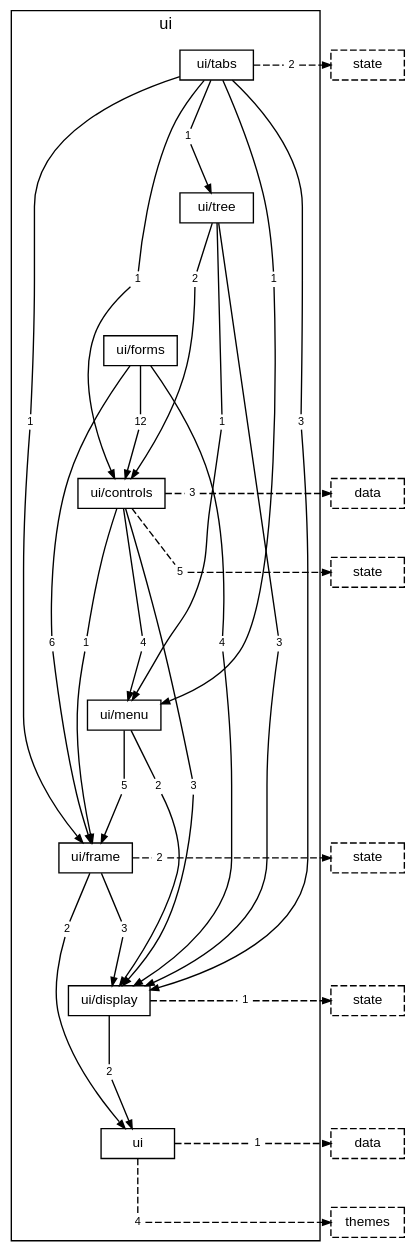
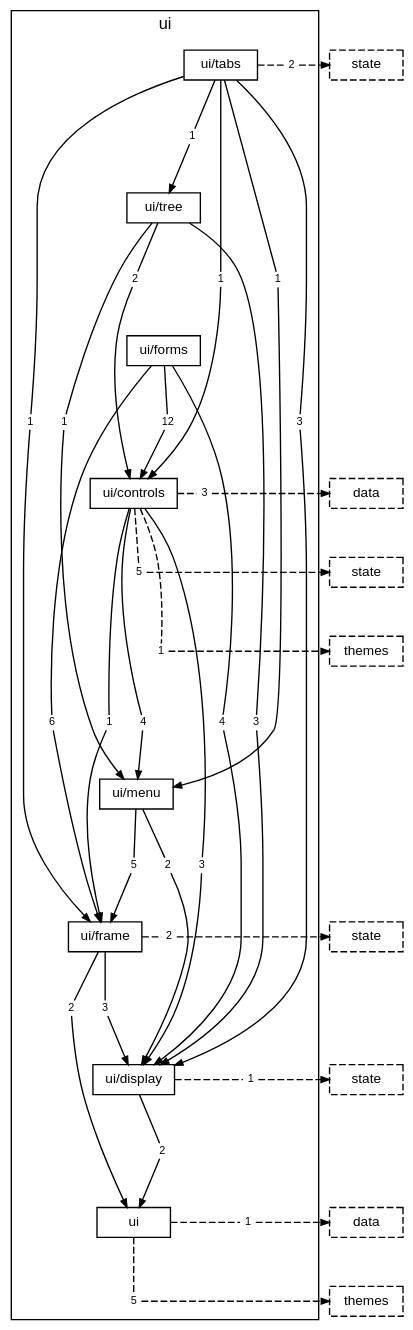
The diagram in docs/diagrams/layer-ui.dot (TheAxeC/oculus), drawn with Graphviz before and after one commit. The commit also changed 29 other files, not shown here.

```diff
--- a/docs/diagrams/layer-ui.dot
+++ b/docs/diagrams/layer-ui.dot
@@ -1,115 +1,120 @@
 digraph layer_ui {
     graph [bgcolor="transparent", rankdir=TB, newrank=true, mclimit=4, fontname="Helvetica,Arial,sans-serif", fontsize=12, nodesep=0.2, ranksep=0.5];
     node [shape=box, color="black", fontcolor="black", fontname="Helvetica,Arial,sans-serif", fontsize=10, height=0.3, margin="0.12,0.04"];
     edge [color="black", fontcolor="black", fontname="Helvetica,Arial,sans-serif", fontsize=8, arrowsize=0.6];
     subgraph "cluster_ui" {
         label="ui"; style=solid;
         "folder ui/tabs" [label="ui/tabs"];
         "folder ui/tree" [label="ui/tree"];
         "folder ui/forms" [label="ui/forms"];
         "folder ui/controls" [label="ui/controls"];
         "folder ui/menu" [label="ui/menu"];
         "folder ui/frame" [label="ui/frame"];
         "folder ui/display" [label="ui/display"];
         "folder ui" [label="ui"];
         "folder ui/tabs to folder ui/controls" [label="1", shape=box, color="transparent", fontsize=8, width=0, height=0, margin="0.04,0.02"];
         "folder ui/tabs to folder ui/display" [label="3", shape=box, color="transparent", fontsize=8, width=0, height=0, margin="0.04,0.02"];
         "folder ui/tabs to folder ui/frame" [label="1", shape=box, color="transparent", fontsize=8, width=0, height=0, margin="0.04,0.02"];
         "folder ui/tabs to folder ui/menu" [label="1", shape=box, color="transparent", fontsize=8, width=0, height=0, margin="0.04,0.02"];
         "folder ui/tabs to folder ui/tree" [label="1", shape=box, color="transparent", fontsize=8, width=0, height=0, margin="0.04,0.02"];
         "folder ui/tabs to layer state" [label="2", shape=box, color="transparent", fontsize=8, width=0, height=0, margin="0.04,0.02"];
         "folder ui/tree to folder ui/controls" [label="2", shape=box, color="transparent", fontsize=8, width=0, height=0, margin="0.04,0.02"];
         "folder ui/tree to folder ui/display" [label="3", shape=box, color="transparent", fontsize=8, width=0, height=0, margin="0.04,0.02"];
         "folder ui/tree to folder ui/menu" [label="1", shape=box, color="transparent", fontsize=8, width=0, height=0, margin="0.04,0.02"];
         "folder ui/forms to folder ui/controls" [label="12", shape=box, color="transparent", fontsize=8, width=0, height=0, margin="0.04,0.02"];
         "folder ui/forms to folder ui/display" [label="4", shape=box, color="transparent", fontsize=8, width=0, height=0, margin="0.04,0.02"];
         "folder ui/forms to folder ui/frame" [label="6", shape=box, color="transparent", fontsize=8, width=0, height=0, margin="0.04,0.02"];
         "folder ui/controls to folder ui/display" [label="3", shape=box, color="transparent", fontsize=8, width=0, height=0, margin="0.04,0.02"];
         "folder ui/controls to folder ui/frame" [label="1", shape=box, color="transparent", fontsize=8, width=0, height=0, margin="0.04,0.02"];
         "folder ui/controls to folder ui/menu" [label="4", shape=box, color="transparent", fontsize=8, width=0, height=0, margin="0.04,0.02"];
         "folder ui/controls to layer data" [label="3", shape=box, color="transparent", fontsize=8, width=0, height=0, margin="0.04,0.02"];
         "folder ui/controls to layer state" [label="5", shape=box, color="transparent", fontsize=8, width=0, height=0, margin="0.04,0.02"];
+        "folder ui/controls to layer themes" [label="1", shape=box, color="transparent", fontsize=8, width=0, height=0, margin="0.04,0.02"];
         "folder ui/menu to folder ui/display" [label="2", shape=box, color="transparent", fontsize=8, width=0, height=0, margin="0.04,0.02"];
         "folder ui/menu to folder ui/frame" [label="5", shape=box, color="transparent", fontsize=8, width=0, height=0, margin="0.04,0.02"];
         "folder ui/frame to folder ui" [label="2", shape=box, color="transparent", fontsize=8, width=0, height=0, margin="0.04,0.02"];
         "folder ui/frame to folder ui/display" [label="3", shape=box, color="transparent", fontsize=8, width=0, height=0, margin="0.04,0.02"];
         "folder ui/frame to layer state" [label="2", shape=box, color="transparent", fontsize=8, width=0, height=0, margin="0.04,0.02"];
         "folder ui/display to folder ui" [label="2", shape=box, color="transparent", fontsize=8, width=0, height=0, margin="0.04,0.02"];
         "folder ui/display to layer state" [label="1", shape=box, color="transparent", fontsize=8, width=0, height=0, margin="0.04,0.02"];
         "folder ui to layer data" [label="1", shape=box, color="transparent", fontsize=8, width=0, height=0, margin="0.04,0.02"];
-        "folder ui to layer themes" [label="4", shape=box, color="transparent", fontsize=8, width=0, height=0, margin="0.04,0.02"];
+        "folder ui to layer themes" [label="5", shape=box, color="transparent", fontsize=8, width=0, height=0, margin="0.04,0.02"];
     }
     "layer state from folder ui/tabs" [label="state", style=dashed];
     "layer data from folder ui/controls" [label="data", style=dashed];
     "layer state from folder ui/controls" [label="state", style=dashed];
+    "layer themes from folder ui/controls" [label="themes", style=dashed];
     "layer state from folder ui/frame" [label="state", style=dashed];
     "layer state from folder ui/display" [label="state", style=dashed];
     "layer data from folder ui" [label="data", style=dashed];
     "layer themes from folder ui" [label="themes", style=dashed];
     "folder ui/tabs" -> "folder ui/tree" [style=invis, weight=10, minlen=2];
     "folder ui/tree" -> "folder ui/forms" [style=invis, weight=10, minlen=2];
     "folder ui/forms" -> "folder ui/controls" [style=invis, weight=10, minlen=2];
-    "folder ui/controls" -> "folder ui/menu" [style=invis, weight=10, minlen=3];
+    "folder ui/controls" -> "folder ui/menu" [style=invis, weight=10, minlen=4];
     "folder ui/menu" -> "folder ui/frame" [style=invis, weight=10, minlen=2];
     "folder ui/frame" -> "folder ui/display" [style=invis, weight=10, minlen=2];
     "folder ui/display" -> "folder ui" [style=invis, weight=10, minlen=2];
     "folder ui/tabs" -> "folder ui/tabs to folder ui/controls" [arrowhead=none, minlen=3, weight=10];
     "folder ui/tabs to folder ui/controls" -> "folder ui/controls" [];
     "folder ui/tabs" -> "folder ui/tabs to folder ui/display" [arrowhead=none, minlen=5, weight=10];
     "folder ui/tabs to folder ui/display" -> "folder ui/display" [];
     "folder ui/tabs" -> "folder ui/tabs to folder ui/frame" [arrowhead=none, minlen=5, weight=10];
     "folder ui/tabs to folder ui/frame" -> "folder ui/frame" [];
     "folder ui/tabs" -> "folder ui/tabs to folder ui/menu" [arrowhead=none, minlen=3, weight=10];
     "folder ui/tabs to folder ui/menu" -> "folder ui/menu" [];
     "folder ui/tabs" -> "folder ui/tabs to folder ui/tree" [arrowhead=none, minlen=1, weight=10];
     "folder ui/tabs to folder ui/tree" -> "folder ui/tree" [];
     "folder ui/tabs" -> "folder ui/tabs to layer state" [arrowhead=none, style=dashed];
     "folder ui/tabs to layer state" -> "layer state from folder ui/tabs" [style=dashed];
     { rank=same; "folder ui/tabs"; "folder ui/tabs to layer state"; "layer state from folder ui/tabs"; }
     "folder ui/tree" -> "folder ui/tree to folder ui/controls" [arrowhead=none, minlen=1, weight=10];
     "folder ui/tree to folder ui/controls" -> "folder ui/controls" [];
-    "folder ui/tree" -> "folder ui/tree to folder ui/display" [arrowhead=none, minlen=6, weight=10];
+    "folder ui/tree" -> "folder ui/tree to folder ui/display" [arrowhead=none, minlen=7, weight=10];
     "folder ui/tree to folder ui/display" -> "folder ui/display" [];
     "folder ui/tree" -> "folder ui/tree to folder ui/menu" [arrowhead=none, minlen=3, weight=10];
     "folder ui/tree to folder ui/menu" -> "folder ui/menu" [];
     "folder ui/forms" -> "folder ui/forms to folder ui/controls" [arrowhead=none, minlen=1, weight=10];
     "folder ui/forms to folder ui/controls" -> "folder ui/controls" [];
-    "folder ui/forms" -> "folder ui/forms to folder ui/display" [arrowhead=none, minlen=4, weight=10];
+    "folder ui/forms" -> "folder ui/forms to folder ui/display" [arrowhead=none, minlen=5, weight=10];
     "folder ui/forms to folder ui/display" -> "folder ui/display" [];
-    "folder ui/forms" -> "folder ui/forms to folder ui/frame" [arrowhead=none, minlen=4, weight=10];
+    "folder ui/forms" -> "folder ui/forms to folder ui/frame" [arrowhead=none, minlen=5, weight=10];
     "folder ui/forms to folder ui/frame" -> "folder ui/frame" [];
-    "folder ui/controls" -> "folder ui/controls to folder ui/display" [arrowhead=none, minlen=4, weight=10];
+    "folder ui/controls" -> "folder ui/controls to folder ui/display" [arrowhead=none, minlen=5, weight=10];
     "folder ui/controls to folder ui/display" -> "folder ui/display" [];
-    "folder ui/controls" -> "folder ui/controls to folder ui/frame" [arrowhead=none, minlen=2, weight=10];
+    "folder ui/controls" -> "folder ui/controls to folder ui/frame" [arrowhead=none, minlen=3, weight=10];
     "folder ui/controls to folder ui/frame" -> "folder ui/frame" [];
-    "folder ui/controls" -> "folder ui/controls to folder ui/menu" [arrowhead=none, minlen=2, weight=10];
+    "folder ui/controls" -> "folder ui/controls to folder ui/menu" [arrowhead=none, minlen=3, weight=10];
     "folder ui/controls to folder ui/menu" -> "folder ui/menu" [];
     "folder ui/controls" -> "folder ui/controls to layer data" [arrowhead=none, style=dashed];
     "folder ui/controls to layer data" -> "layer data from folder ui/controls" [style=dashed];
     { rank=same; "folder ui/controls"; "folder ui/controls to layer data"; "layer data from folder ui/controls"; }
     "folder ui/controls" -> "folder ui/controls to layer state" [arrowhead=none, style=dashed, minlen=1, weight=10];
     "folder ui/controls to layer state" -> "layer state from folder ui/controls" [style=dashed];
     { rank=same; "folder ui/controls to layer state"; "layer state from folder ui/controls"; }
+    "folder ui/controls" -> "folder ui/controls to layer themes" [arrowhead=none, style=dashed, minlen=2, weight=10];
+    "folder ui/controls to layer themes" -> "layer themes from folder ui/controls" [style=dashed];
+    { rank=same; "folder ui/controls to layer themes"; "layer themes from folder ui/controls"; }
     "folder ui/menu" -> "folder ui/menu to folder ui/display" [arrowhead=none, minlen=1, weight=10];
     "folder ui/menu to folder ui/display" -> "folder ui/display" [];
     "folder ui/menu" -> "folder ui/menu to folder ui/frame" [arrowhead=none, minlen=1, weight=10];
     "folder ui/menu to folder ui/frame" -> "folder ui/frame" [];
     "folder ui/frame" -> "folder ui/frame to folder ui" [arrowhead=none, minlen=1, weight=10];
     "folder ui/frame to folder ui" -> "folder ui" [];
     "folder ui/frame" -> "folder ui/frame to folder ui/display" [arrowhead=none, minlen=1, weight=10];
     "folder ui/frame to folder ui/display" -> "folder ui/display" [];
     "folder ui/frame" -> "folder ui/frame to layer state" [arrowhead=none, style=dashed];
     "folder ui/frame to layer state" -> "layer state from folder ui/frame" [style=dashed];
     { rank=same; "folder ui/frame"; "folder ui/frame to layer state"; "layer state from folder ui/frame"; }
     "folder ui/display" -> "folder ui/display to folder ui" [arrowhead=none, minlen=1, weight=10];
     "folder ui/display to folder ui" -> "folder ui" [];
     "folder ui/display" -> "folder ui/display to layer state" [arrowhead=none, style=dashed];
     "folder ui/display to layer state" -> "layer state from folder ui/display" [style=dashed];
     { rank=same; "folder ui/display"; "folder ui/display to layer state"; "layer state from folder ui/display"; }
     "folder ui" -> "folder ui to layer data" [arrowhead=none, style=dashed];
     "folder ui to layer data" -> "layer data from folder ui" [style=dashed];
     { rank=same; "folder ui"; "folder ui to layer data"; "layer data from folder ui"; }
     "folder ui" -> "folder ui to layer themes" [arrowhead=none, style=dashed, minlen=1, weight=10];
     "folder ui to layer themes" -> "layer themes from folder ui" [style=dashed];
     { rank=same; "folder ui to layer themes"; "layer themes from folder ui"; }
 }
```
